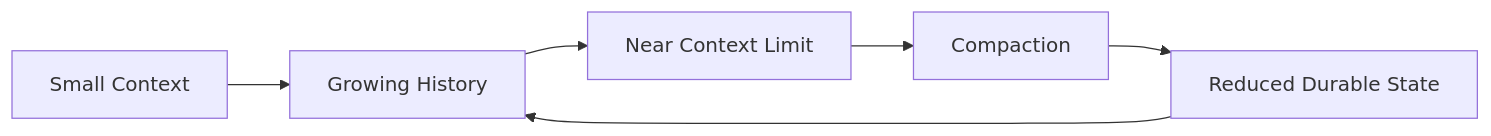
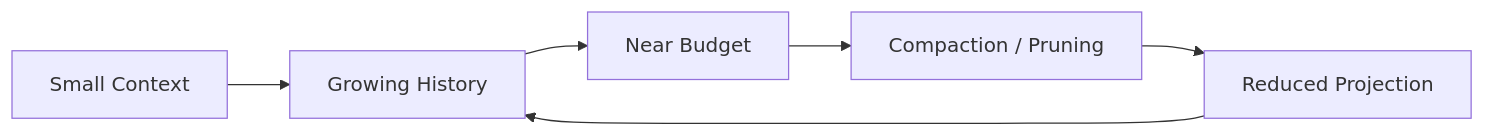
One commit to indigofeather/harness-book changed the sixth of 6 diagrams in docs/foundations/context-and-caching.md. Above: the diagram before and after it, drawn with Mermaid. The commit also changed other lines of this file and 48 other files, not shown here.

````diff
--- a/docs/foundations/context-and-caching.md
+++ b/docs/foundations/context-and-caching.md
@@ -225,8 +272,8 @@
 ```mermaid
 flowchart LR
   S[Small Context] --> G[Growing History]
-  G --> N[Near Context Limit]
-  N --> C[Compaction]
-  C --> R[Reduced Durable State]
+  G --> N[Near Budget]
+  N --> C[Compaction / Pruning]
+  C --> R[Reduced Projection]
   R --> G
 ```
````
